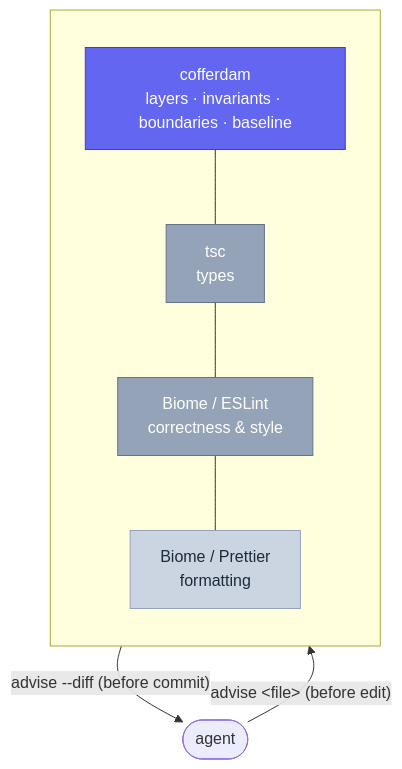
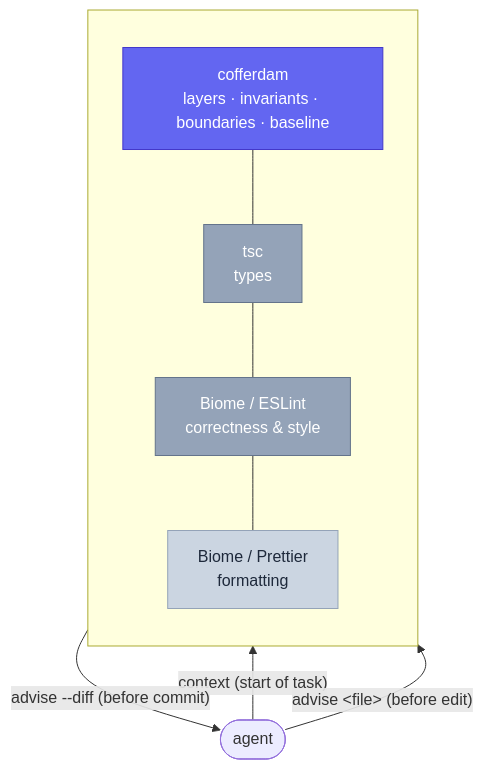
The first of 3 diagrams in docs/index.md (TAJD/cofferdam), drawn with Mermaid before and after one commit. The commit also changed other lines of this file and 7 other files, not shown here.

````diff
--- a/docs/index.md
+++ b/docs/index.md
@@ -33,18 +33,19 @@
 ```mermaid
 flowchart TB
     subgraph stack [" "]
         direction TB
         A["cofferdam<br/>layers · invariants · boundaries · baseline"]
         B["tsc<br/>types"]
         C["Biome / ESLint<br/>correctness & style"]
         D["Biome / Prettier<br/>formatting"]
         A --- B --- C --- D
     end
-    agent(["agent"]) -- "advise &lt;file&gt; (before edit)" --> A
+    agent(["agent"]) -- "context (start of task)" --> A
+    agent -- "advise &lt;file&gt; (before edit)" --> A
     A -- "advise --diff (before commit)" --> agent
 
     style A fill:#6366f1,color:#fff,stroke:#4338ca
     style B fill:#94a3b8,color:#fff,stroke:#64748b
     style C fill:#94a3b8,color:#fff,stroke:#64748b
     style D fill:#cbd5e1,color:#1e293b,stroke:#94a3b8
 ```
````
